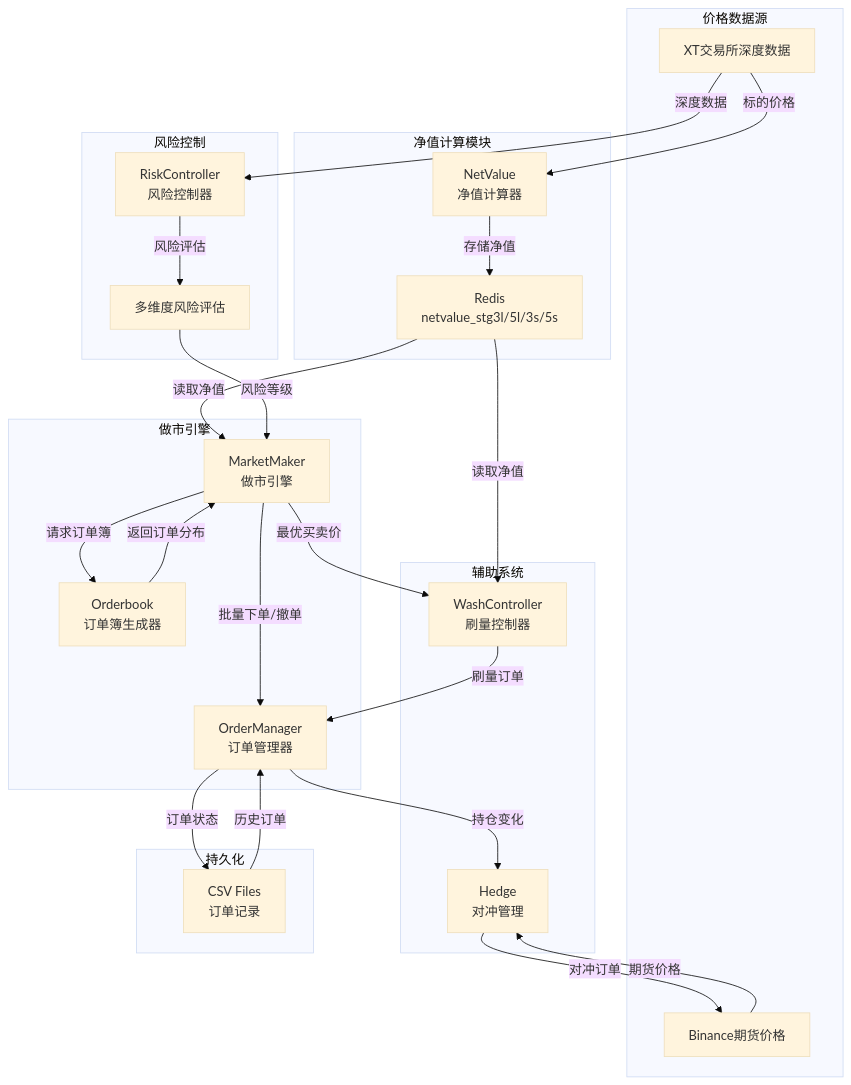
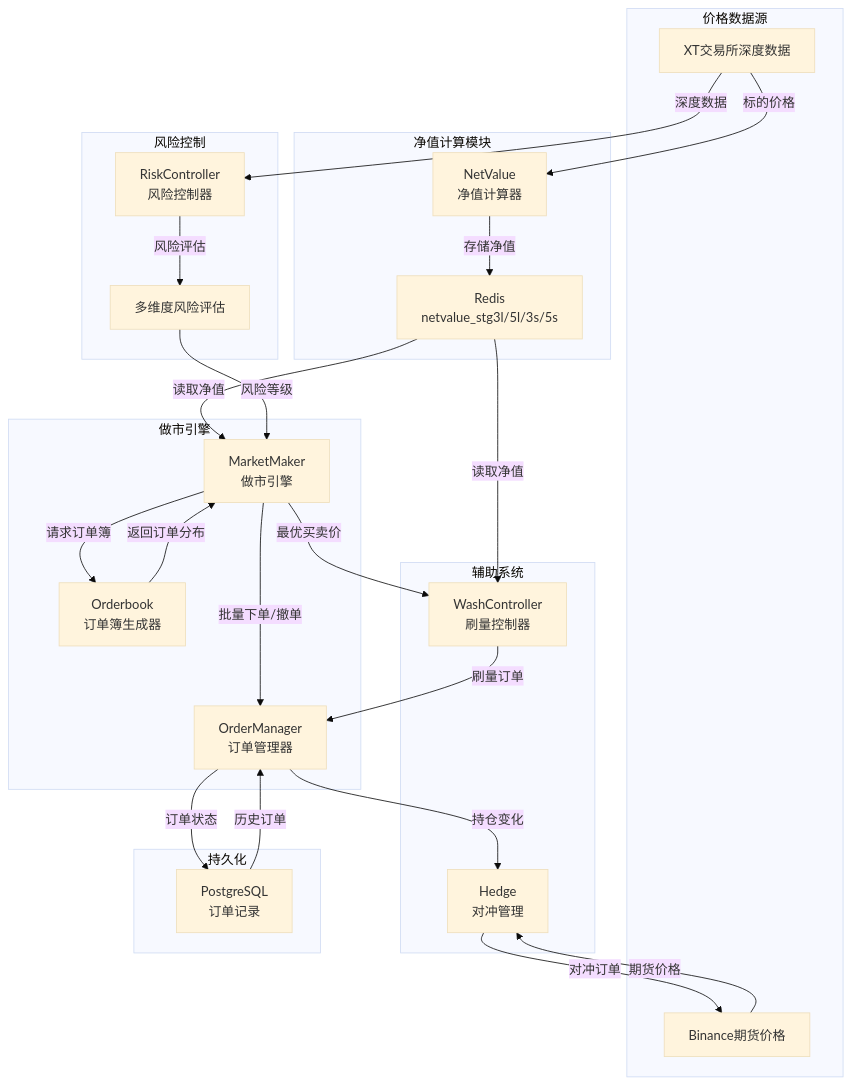
The diagram in docs/ETF做市系统技术文档.md (realm520/xt_etf), drawn with Mermaid (base theme) before and after one commit. The commit also changed other lines of this file and 3 other files, not shown here.

````diff
--- a/docs/ETF做市系统技术文档.md
+++ b/docs/ETF做市系统技术文档.md
@@ -769,55 +763,55 @@
 ```mermaid
 graph TB
     subgraph "价格数据源"
         A[XT交易所深度数据]
         B[Binance期货价格]
     end
 
     subgraph "净值计算模块"
         C[NetValue<br/>净值计算器]
         D[Redis<br/>netvalue_stg3l/5l/3s/5s]
     end
 
     subgraph "做市引擎"
         E[MarketMaker<br/>做市引擎]
         F[Orderbook<br/>订单簿生成器]
         G[OrderManager<br/>订单管理器]
     end
 
     subgraph "风险控制"
         H[RiskController<br/>风险控制器]
         I[多维度风险评估]
     end
 
     subgraph "辅助系统"
         J[WashController<br/>刷量控制器]
         K[Hedge<br/>对冲管理]
     end
 
     subgraph "持久化"
-        L[CSV Files<br/>订单记录]
+        L[PostgreSQL<br/>订单记录]
     end
 
     A -->|标的价格| C
     C -->|存储净值| D
     D -->|读取净值| E
 
     E -->|请求订单簿| F
     F -->|返回订单分布| E
     E -->|批量下单/撤单| G
 
     A -->|深度数据| H
     H -->|风险评估| I
     I -->|风险等级| E
 
     D -->|读取净值| J
     E -->|最优买卖价| J
     J -->|刷量订单| G
 
     G -->|持仓变化| K
     B -->|期货价格| K
     K -->|对冲订单| B
 
     G -->|订单状态| L
     L -->|历史订单| G
 ```
````
